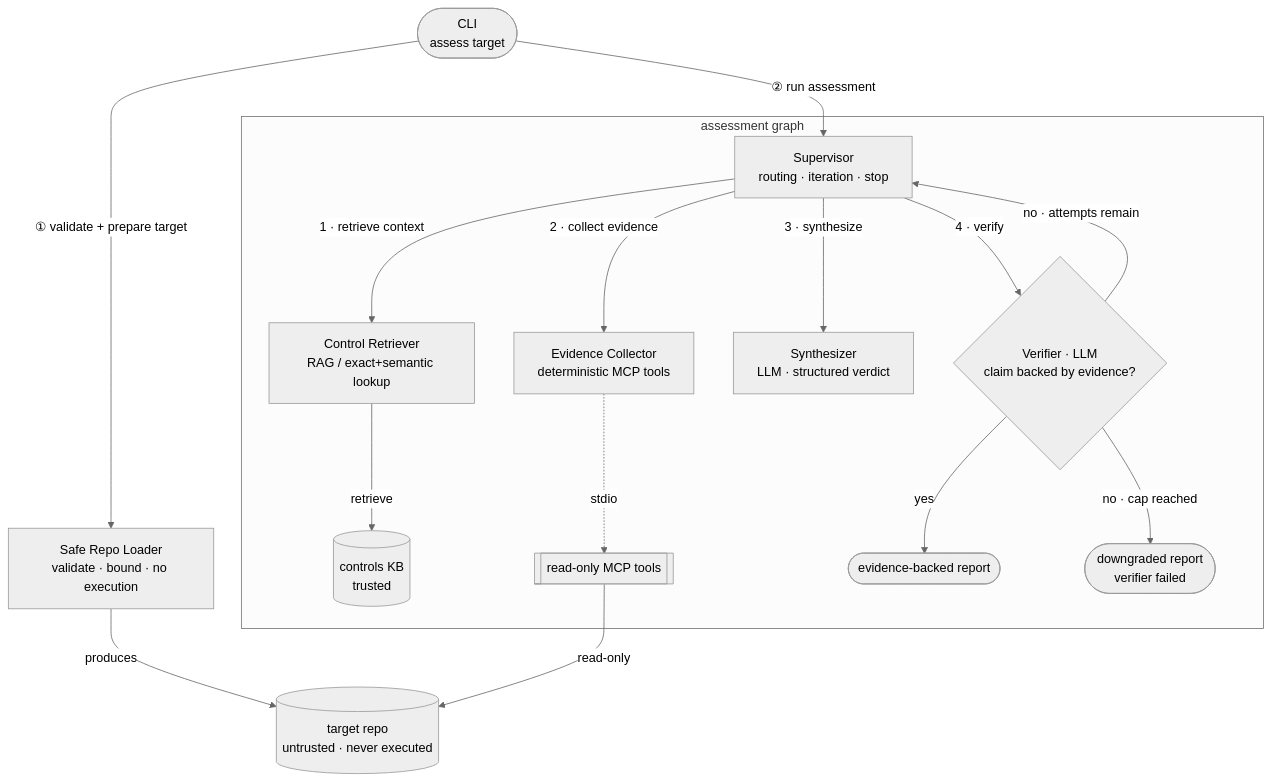
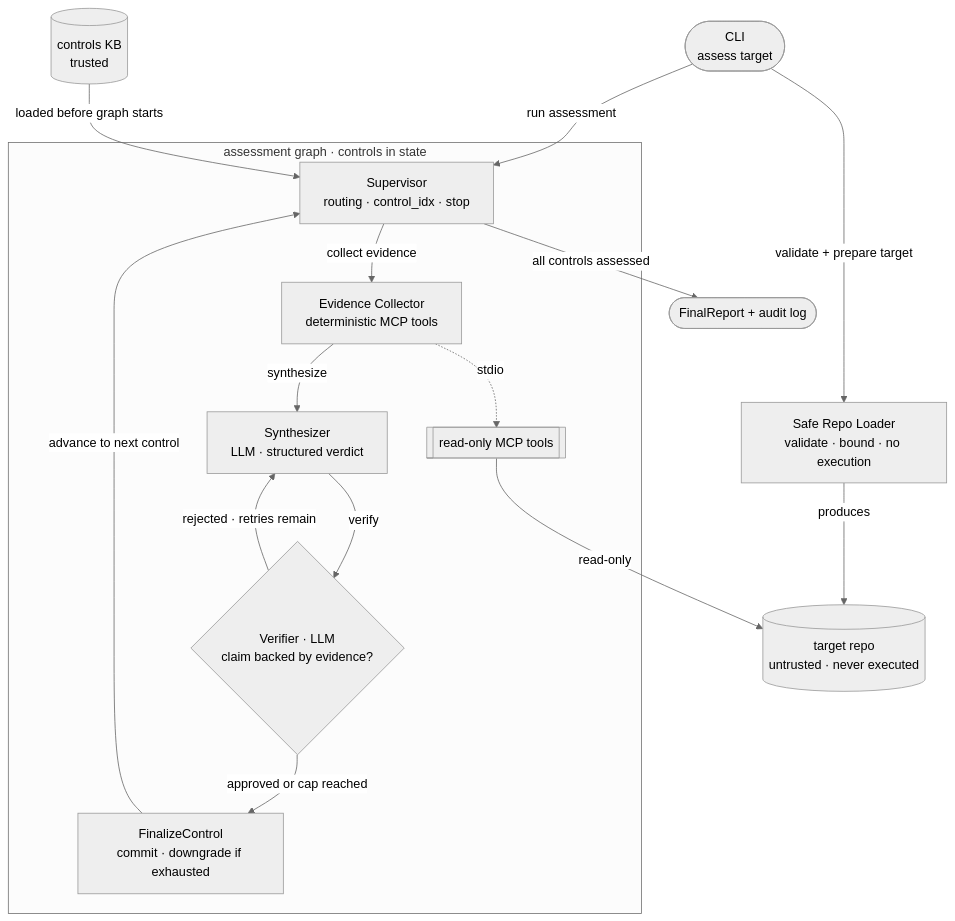
One commit to perspectivism/agentic-compliance-checker changed the diagram in README.md. Above: the diagram before and after it, drawn with Mermaid (neutral theme). The commit also changed other lines of this file and 17 other files, not shown here.

First line of the commit message:
M5: LangGraph supervisor and verifier loop

````diff
--- a/README.md
+++ b/README.md
@@ -25,28 +25,28 @@
 ```mermaid
 flowchart TD
     CLI([CLI<br/>assess target])
 
-    CLI -->|"① validate + prepare target"| LOADER[Safe Repo Loader<br/>validate · bound · no execution]
+    CLI -->|validate + prepare target| LOADER[Safe Repo Loader<br/>validate · bound · no execution]
     LOADER -->|produces| REPO[(target repo<br/>untrusted · never executed)]
 
-    CLI -->|"② run assessment"| SUPERVISOR
+    CLI -->|run assessment| SUPERVISOR
 
-    subgraph GRAPH [assessment graph]
-        SUPERVISOR[Supervisor<br/>routing · iteration · stop]
+    subgraph GRAPH [assessment graph · controls in state]
+        SUPERVISOR[Supervisor<br/>routing · control_idx · stop]
 
-        SUPERVISOR -->|1 · retrieve context| RETRIEVER[Control Retriever<br/>RAG / exact+semantic lookup]
-        RETRIEVER -->|retrieve| KB[(controls KB<br/>trusted)]
-
-        SUPERVISOR -->|2 · collect evidence| COLLECTOR[Evidence Collector<br/>deterministic MCP tools]
+        SUPERVISOR -->|collect evidence| COLLECTOR[Evidence Collector<br/>deterministic MCP tools]
         COLLECTOR -. stdio .-> MCP[[read-only MCP tools]]
 
-        SUPERVISOR -->|3 · synthesize| SYNTH[Synthesizer<br/>LLM · structured verdict]
-        SUPERVISOR -->|4 · verify| VERIFIER{Verifier · LLM<br/>claim backed by evidence?}
+        COLLECTOR -->|synthesize| SYNTH[Synthesizer<br/>LLM · structured verdict]
+        SYNTH -->|verify| VERIFIER{Verifier · LLM<br/>claim backed by evidence?}
 
-        VERIFIER -->|yes| PASS([evidence-backed report])
-        VERIFIER -->|no · attempts remain| SUPERVISOR
-        VERIFIER -->|no · cap reached| FAIL([downgraded report<br/>verifier failed])
+        VERIFIER -->|approved or cap reached| FINALIZE[FinalizeControl<br/>commit · downgrade if exhausted]
+        FINALIZE -->|"advance to next control"| SUPERVISOR
+        VERIFIER -->|"rejected · retries remain"| SYNTH
     end
 
+    SUPERVISOR -->|all controls assessed| FINAL([FinalReport + audit log])
+
+    KB[(controls KB<br/>trusted)] -->|"loaded before graph starts"| SUPERVISOR
     MCP -->|read-only| REPO
 ```
````
